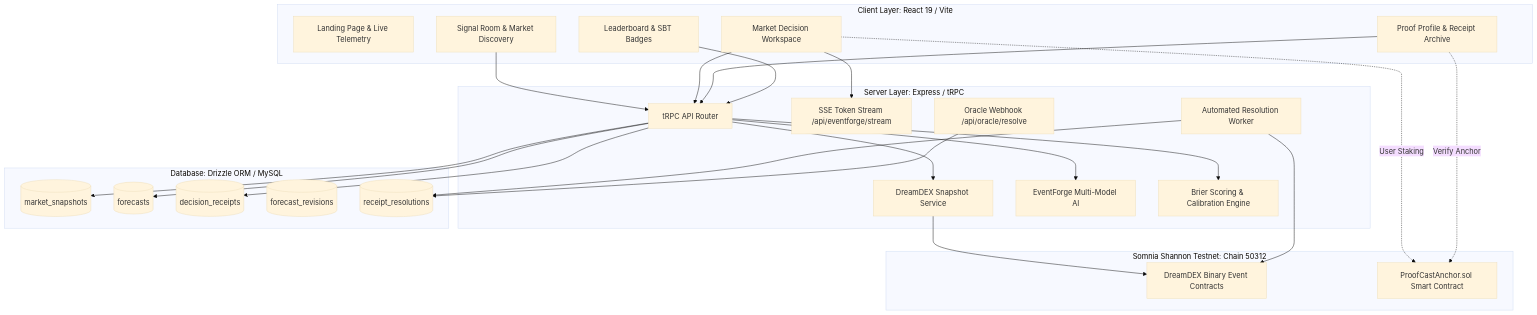
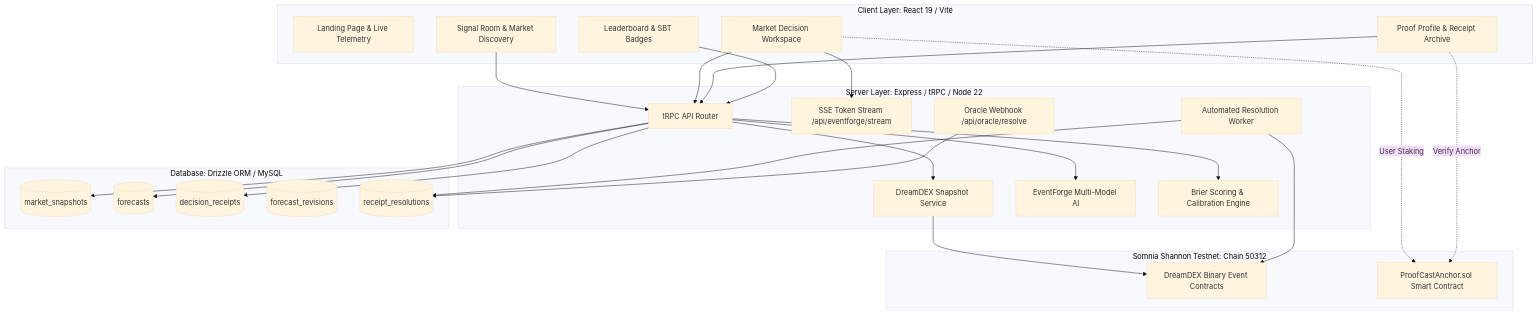
Before and after one commit to 0xaje/ProofCast: the second of 2 diagrams in README.md, drawn with Mermaid (base theme). The commit also changed other lines of this file and 65 other files, not shown here.

````diff
--- a/README.md
+++ b/README.md
@@ -130,53 +156,53 @@
 ```mermaid
 graph TD
   subgraph Client [Client Layer: React 19 / Vite]
     Landing[Landing Page & Live Telemetry]
     Signal[Signal Room & Market Discovery]
     Decision[Market Decision Workspace]
     Profile[Proof Profile & Receipt Archive]
     Leaderboard[Leaderboard & SBT Badges]
   end
 
-  subgraph Server [Server Layer: Express / tRPC]
+  subgraph Server [Server Layer: Express / tRPC / Node 22]
     TRPC[tRPC API Router]
     DreamDEXService[DreamDEX Snapshot Service]
     EventForgeEngine[EventForge Multi-Model AI]
     SSEHandler[SSE Token Stream /api/eventforge/stream]
     WorkerDaemon[Automated Resolution Worker]
     OracleWebhook[Oracle Webhook /api/oracle/resolve]
     ScoringEngine[Brier Scoring & Calibration Engine]
   end
 
   subgraph Somnia [Somnia Shannon Testnet: Chain 50312]
     DreamDEXContracts[DreamDEX Binary Event Contracts]
     AnchorContract[ProofCastAnchor.sol Smart Contract]
   end
 
   subgraph Database [Database: Drizzle ORM / MySQL]
     DBSnapshots[(market_snapshots)]
     DBForecasts[(forecasts)]
     DBReceipts[(decision_receipts)]
     DBRevisions[(forecast_revisions)]
     DBResolutions[(receipt_resolutions)]
   end
 
   Signal --> TRPC
   Decision --> TRPC
   Decision --> SSEHandler
   Profile --> TRPC
   Leaderboard --> TRPC
   TRPC --> DreamDEXService
   TRPC --> EventForgeEngine
   TRPC --> ScoringEngine
   TRPC --> DBSnapshots
   TRPC --> DBForecasts
   TRPC --> DBReceipts
 
   DreamDEXService --> DreamDEXContracts
   WorkerDaemon --> DreamDEXContracts
   WorkerDaemon --> DBResolutions
   OracleWebhook --> DBResolutions
 
   Decision -. User Staking .-> AnchorContract
   Profile -. Verify Anchor .-> AnchorContract
 ```
````
